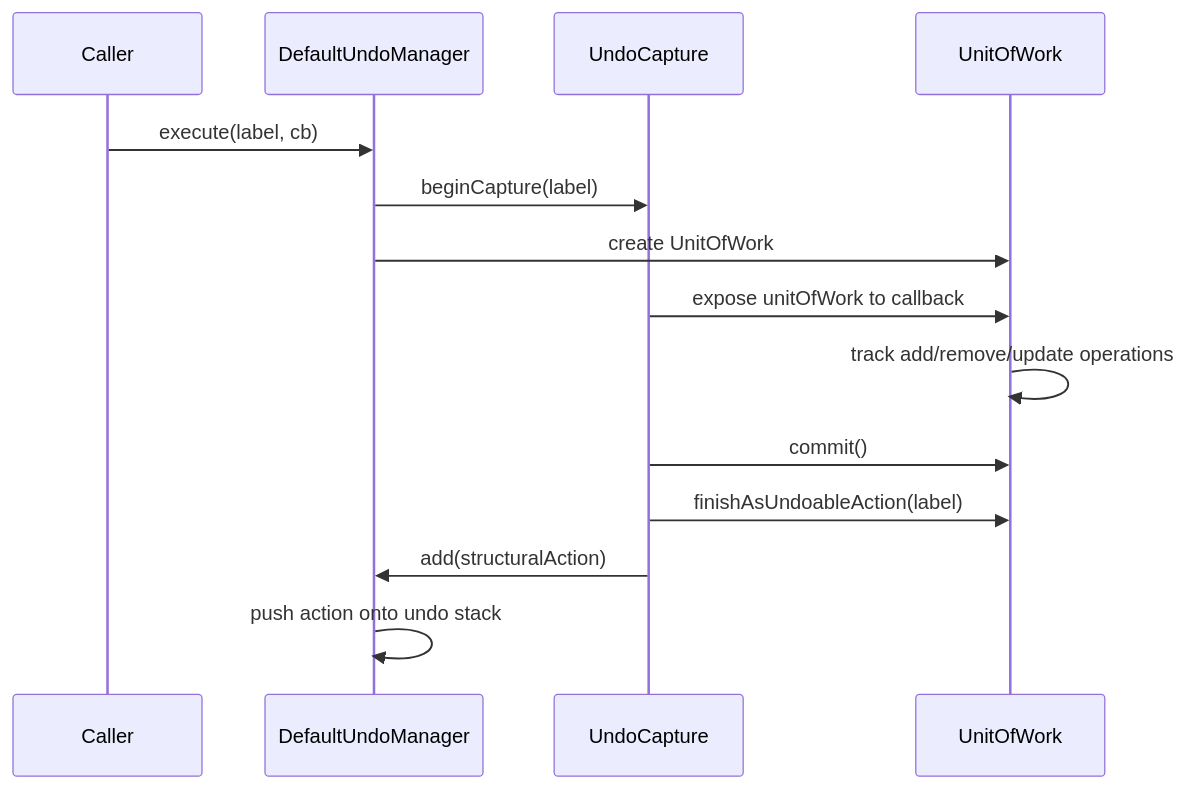
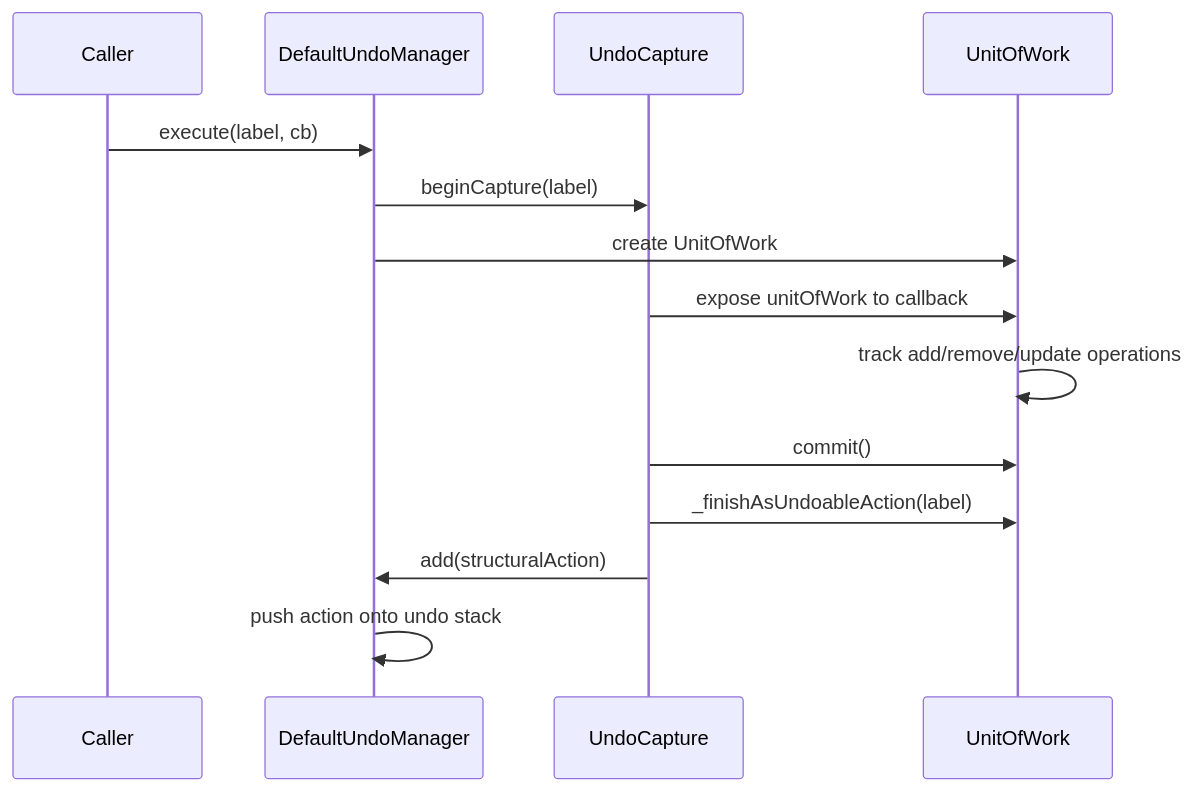
The first of 3 diagrams in packages/model/UNDO_FLOW.md (DiagramCraft/diagram-craft), drawn with Mermaid before and after one commit. The commit also changed other lines of this file and 5 other files, not shown here.

````diff
--- a/packages/model/UNDO_FLOW.md
+++ b/packages/model/UNDO_FLOW.md
@@ -76,17 +76,17 @@
 ```mermaid
 sequenceDiagram
     participant Caller
     participant Mgr as DefaultUndoManager
     participant Capture as UndoCapture
     participant Work as UnitOfWork
 
     Caller->>Mgr: execute(label, cb)
     Mgr->>Capture: beginCapture(label)
     Mgr->>Work: create UnitOfWork
     Capture->>Work: expose unitOfWork to callback
     Work->>Work: track add/remove/update operations
     Capture->>Work: commit()
-    Capture->>Work: finishAsUndoableAction(label)
+    Capture->>Work: _finishAsUndoableAction(label)
     Capture->>Mgr: add(structuralAction)
     Mgr->>Mgr: push action onto undo stack
 ```
````
